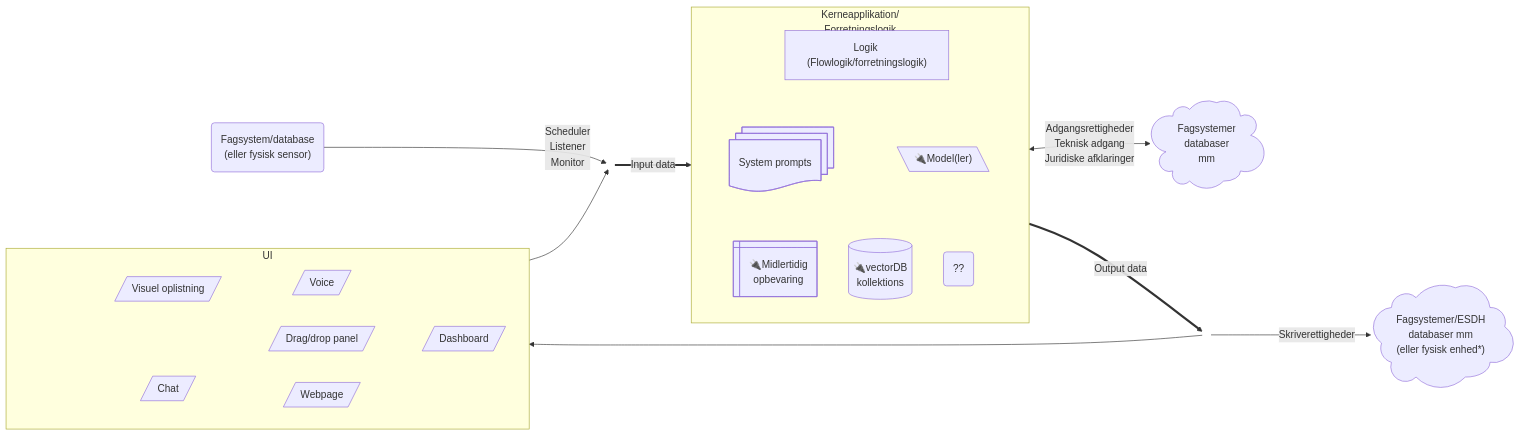
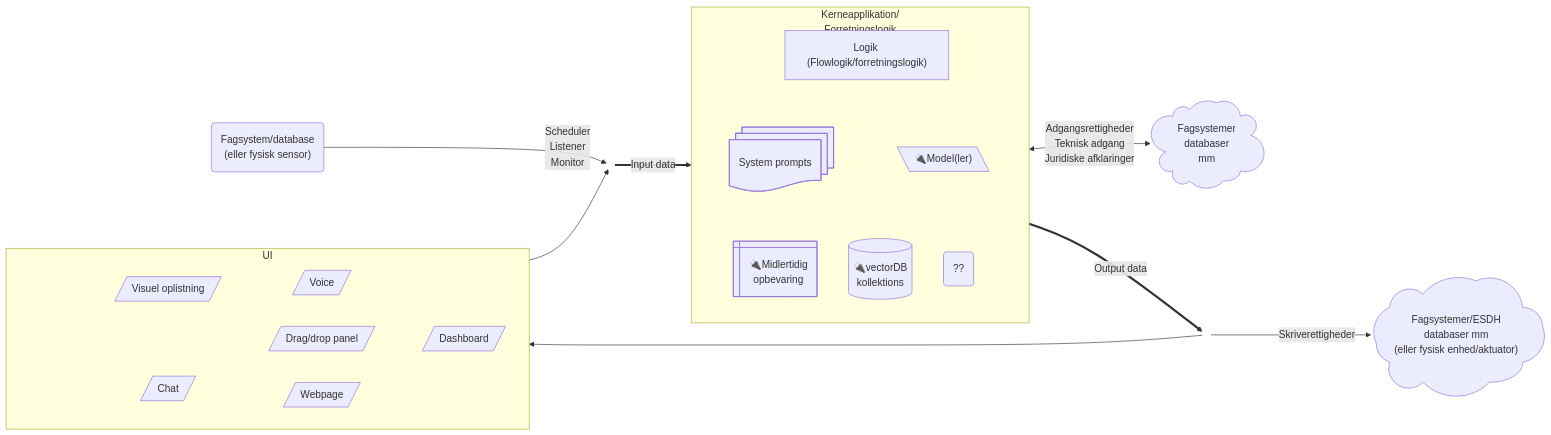
One commit to OS2sandbox/public-genai-governance changed the second of 2 diagrams in docs/minimumskrav/baggrund_objekt_for_os2AI.md. Above: the diagram before and after it, drawn with Mermaid. The commit also changed other lines of this file, not shown here.

````diff
--- a/docs/minimumskrav/baggrund_objekt_for_os2AI.md
+++ b/docs/minimumskrav/baggrund_objekt_for_os2AI.md
@@ -57,71 +69,71 @@
 ```mermaid
 flowchart LR
     classDef inViz fill:None,stroke-width:0px;
     inVizStart:::inViz@{shape: junction}
     inVizEnd:::inViz@{shape: junction}
 
     subgraph coreapp["`Kerneapplikation/
                         Forretningslogik`"]
         direction TB
         logik["`Logik (Flowlogik/forretningslogik)`"]
         models@{ shape: lean-l, label: "🔌Model(ler)" }
         prompts@{ shape: docs, label: "System prompts" }
         tables@{ shape: db, label: "🔌vectorDB\n kollektions"}
         storage@{ shape: win-pane, label: "🔌Midlertidig\n opbevaring" }
         other@{ shape: rounded, label: "??"}
 
         %% Arrange components within coreapp with invisible links %%
         %% This reflects no logic %%
         %% vertical links %%
         logik ~~~ prompts ~~~ storage
                   prompts ~~~ tables
         logik ~~~ models ~~~ tables 
                   models ~~~ other
 
     end
 
     inVizStart =="Input data"==> coreapp
     
     systems@{ shape: cloud, label: "Fagsystemer
               databaser
               mm"}
     
     coreapp <--"Adgangsrettigheder
                 Teknisk adgang
                 Juridiske afklaringer"--> systems
 
     coreapp =="Output data"==> inVizEnd
 
     subgraph ui["UI"]
         direction LR
         ui_chat@{ shape: in-out, label: "Chat"}
         ui_panel@{ shape: in-out, label: "Drag/drop panel"}
         ui_web@{ shape: in-out, label: "Webpage"}
         ui_voice@{ shape: in-out, label: "Voice"}
         ui_viz@{ shape: in-out, label: "Visuel oplistning"}
         ui_board@{ shape: in-out, label: "Dashboard"}
 
         %% Arrange components within coreapp with invisible links %%
         %% This reflects no logic %%
         inVizAnchor[" "]:::inViz
         %% pairwise linking %%
         inVizAnchor ~~~ ui_viz ~~~ ui_voice ~~~ ui_board
                         ui_viz ~~~ ui_panel ~~~ ui_board
         inVizAnchor ~~~ ui_chat ~~~ ui_panel ~~~ ui_board
                         ui_chat ~~~ ui_web ~~~ ui_board
     end
 
     out_systems@{ shape: cloud, label: "Fagsystemer/ESDH
                 databaser mm 
-                (eller fysisk enhed*)"}
+                (eller fysisk enhed/aktuator)"}
     
     inVizEnd --"Skriverettigheder"--> out_systems
     inVizEnd --> ui
     ui --> inVizStart
 
     altInput@{ shape: event, label: "Fagsystem/database 
     (eller fysisk sensor)" } --"Scheduler
                                 Listener
                                 Monitor"-->inVizStart
 
 ```
````
